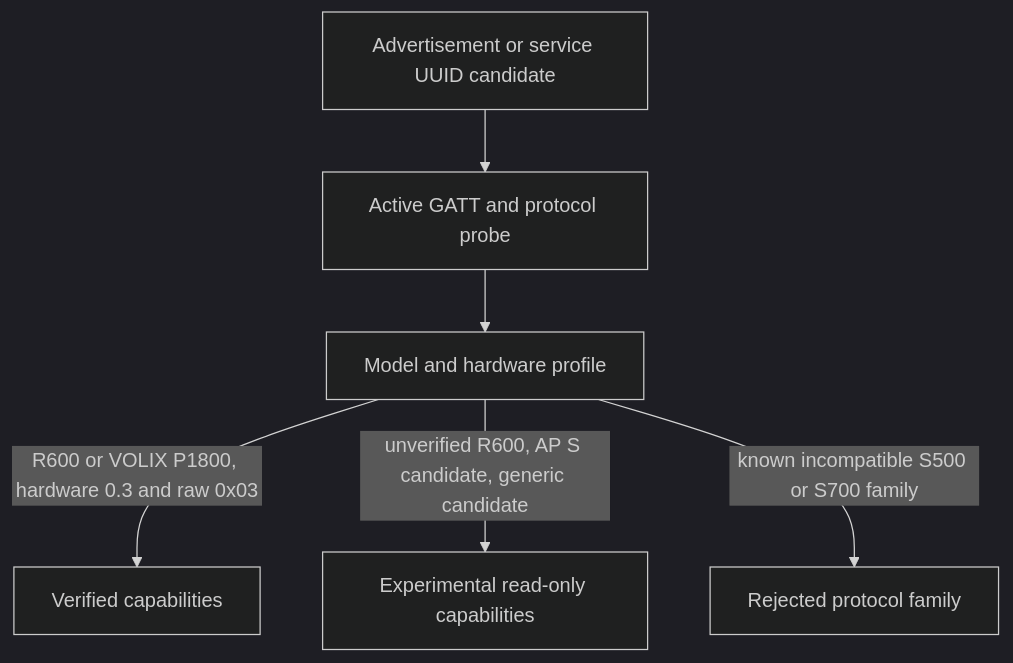
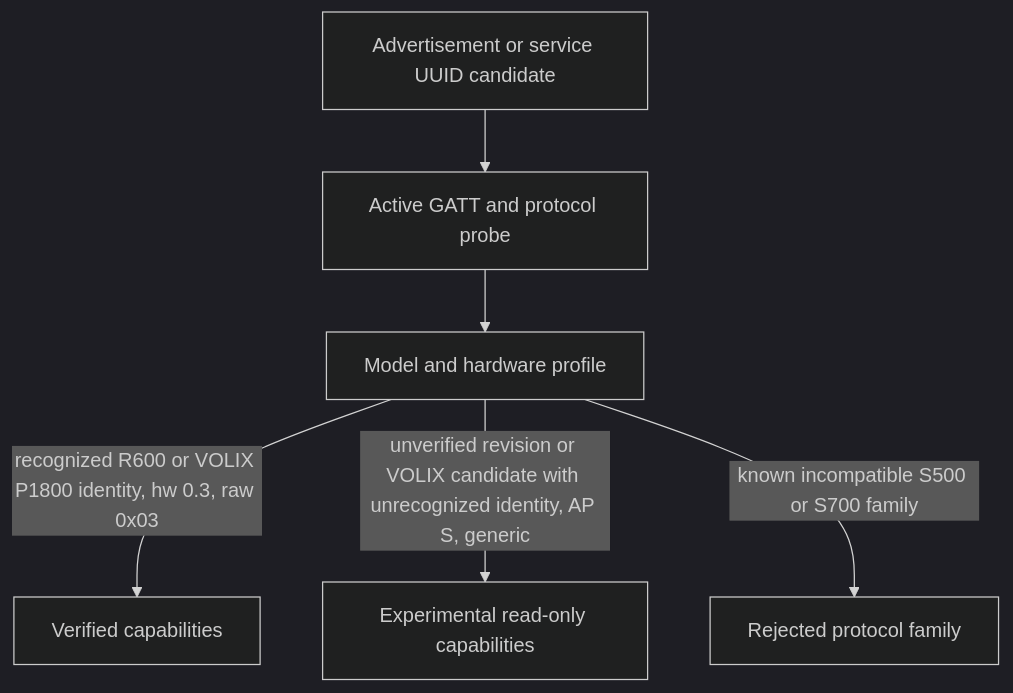
Before and after one commit to dedalodaelus/home-assistant-allpowers-ble: the ninth of 10 diagrams in docs/architecture/system-architecture.md, drawn with Mermaid (dark theme). The commit also changed other lines of this file and 7 other files, not shown here.

````diff
--- a/docs/architecture/system-architecture.md
+++ b/docs/architecture/system-architecture.md
@@ -325,15 +325,15 @@
 ```mermaid
 flowchart TD
     CAND[Advertisement or service UUID candidate]
     PROBE[Active GATT and protocol probe]
     PROFILE[Model and hardware profile]
     VERIFIED[Verified capabilities]
     EXP[Experimental read-only capabilities]
     REJECT[Rejected protocol family]
 
     CAND --> PROBE
     PROBE --> PROFILE
-    PROFILE -->|R600 or VOLIX P1800, hardware 0.3 and raw 0x03| VERIFIED
-    PROFILE -->|unverified R600, AP S candidate, generic candidate| EXP
+    PROFILE -->|recognized R600 or VOLIX P1800 identity, hw 0.3, raw 0x03| VERIFIED
+    PROFILE -->|unverified revision or VOLIX candidate with unrecognized identity, AP S, generic| EXP
     PROFILE -->|known incompatible S500 or S700 family| REJECT
 ```
````
